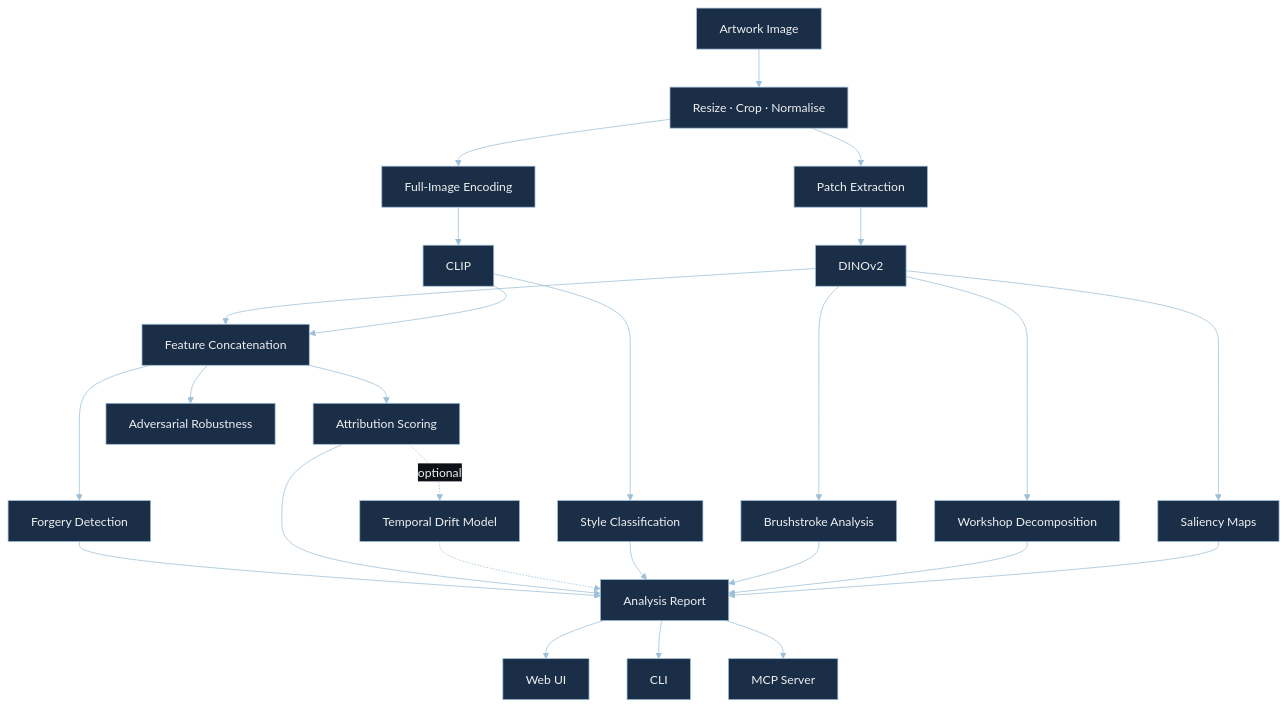
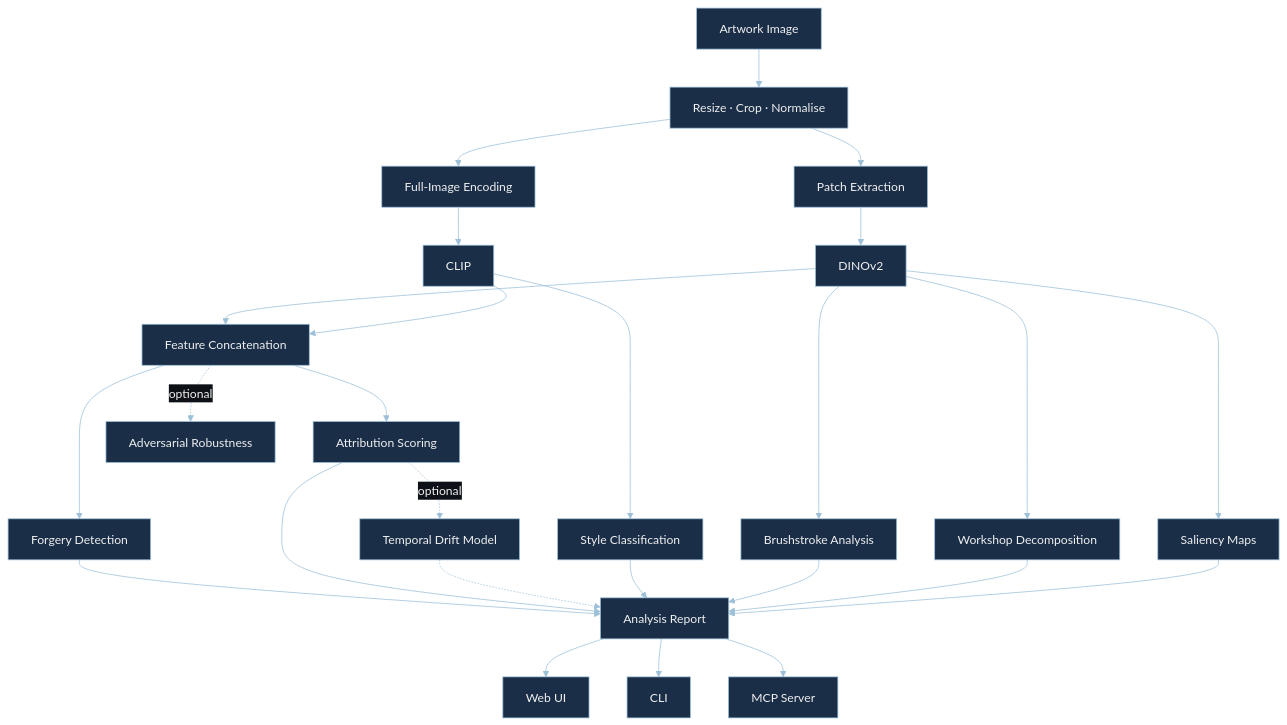
Before and after one commit to ladyFaye1998/ArtSleuth: the diagram in README.md, drawn with Mermaid. The commit also changed other lines of this file and 6 other files, not shown here.

````diff
--- a/README.md
+++ b/README.md
@@ -117,40 +117,40 @@
 ```mermaid
 %%{init: {'theme': 'base', 'themeVariables': {'primaryColor': '#1A2E48', 'primaryTextColor': '#F0F0F0', 'primaryBorderColor': '#9DC0D8', 'lineColor': '#9DC0D8', 'secondaryColor': '#1A2E48', 'tertiaryColor': '#1A2E48', 'edgeLabelBackground': '#0D1117', 'clusterBkg': '#0D1117', 'clusterBorder': '#9DC0D8', 'titleColor': '#9DC0D8'}}}%%
 
 graph TD
     %% Temporal drift is optional (off by default; needs user TemporalRegistry data)
     Input["Artwork Image"] --> Resize["Resize · Crop · Normalise"]
 
     Resize --> Patches["Patch Extraction"]
     Resize --> FullImage["Full-Image Encoding"]
 
     Patches --> DINO["DINOv2"]
     FullImage --> CLIPEnc["CLIP"]
 
     DINO --> Brushstroke["Brushstroke Analysis"]
     DINO --> WorkshopNode["Workshop Decomposition"]
     CLIPEnc --> Style["Style Classification"]
 
     DINO --> Concat["Feature Concatenation"]
     CLIPEnc --> Concat
 
     Concat --> Attribution["Attribution Scoring"]
     Attribution -.->|optional| Temporal["Temporal Drift Model"]
 
     Concat --> Forgery["Forgery Detection"]
-    Concat --> Adversarial["Adversarial Robustness"]
+    Concat -.->|optional| Adversarial["Adversarial Robustness"]
 
     DINO --> Explain["Saliency Maps"]
 
     Forgery --> Report["Analysis Report"]
     Attribution --> Report
     Temporal -.-> Report
     Style --> Report
     Brushstroke --> Report
     WorkshopNode --> Report
     Explain --> Report
 
     Report --> WebUI["Web UI"]
     Report --> CLI["CLI"]
     Report --> MCP["MCP Server"]
 ```
````
